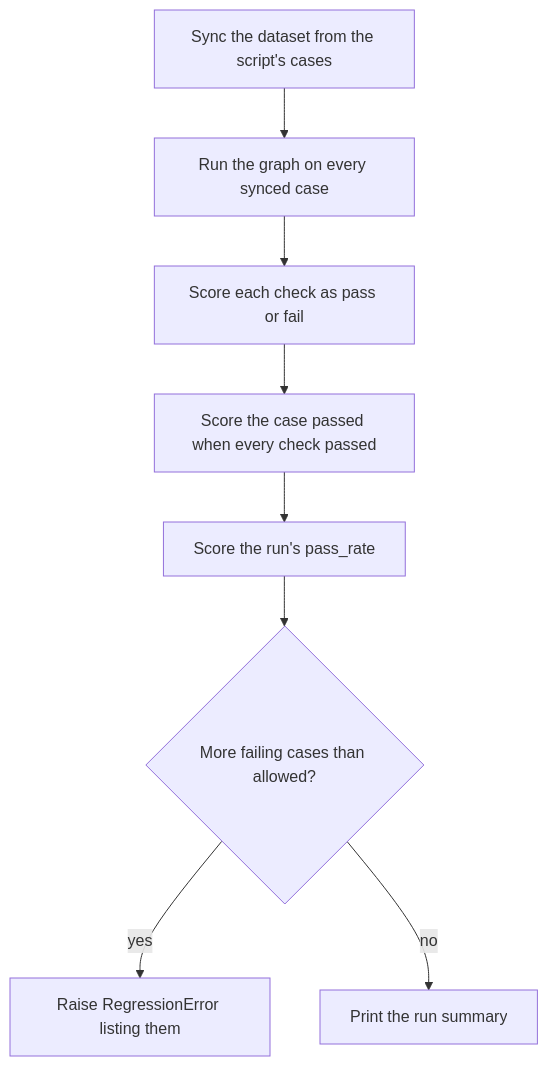
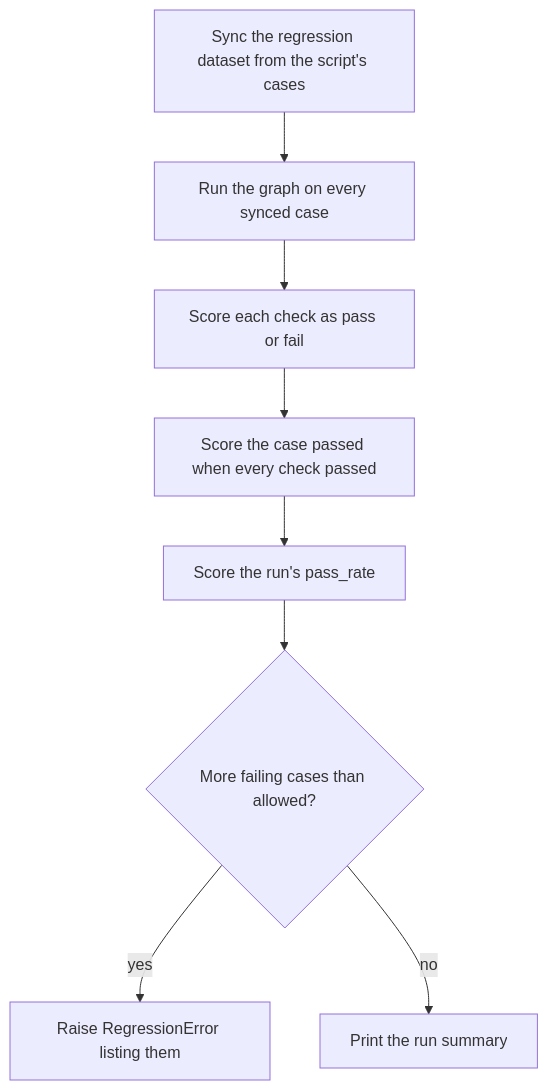
One commit to ilkersigirci/langgraph-openai-serve changed the diagram in docs/demo/experiments.md. Above: the diagram before and after it, drawn with Mermaid. The commit also changed other lines of this file and 6 other files, not shown here.

````diff
--- a/docs/demo/experiments.md
+++ b/docs/demo/experiments.md
@@ -37,10 +68,10 @@
 ```mermaid
 flowchart TD
-  sync["Sync the dataset from the script's cases"] --> run["Run the graph on every synced case"]
+  sync["Sync the regression dataset from the script's cases"] --> run["Run the graph on every synced case"]
   run --> checks["Score each check as pass or fail"]
   checks --> passed["Score the case passed when every check passed"]
   passed --> rate["Score the run's pass_rate"]
   rate --> gate{"More failing cases than allowed?"}
   gate -->|"yes"| fail["Raise RegressionError listing them"]
   gate -->|"no"| done["Print the run summary"]
 ```
````
